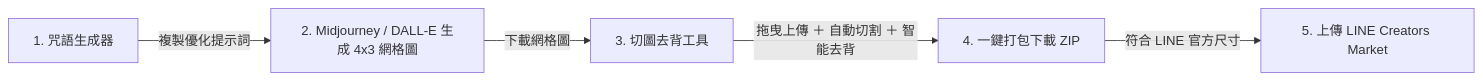
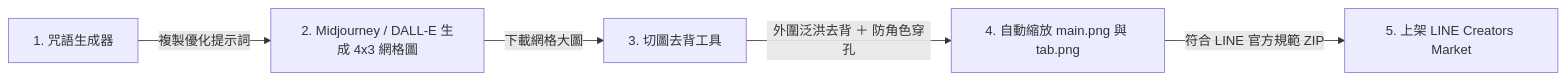
One commit to dinghnes/line-sticker-maker changed the diagram in README.md. Above: the diagram before and after it, drawn with Mermaid. The commit also changed other lines of this file, not shown here.

````diff
--- a/README.md
+++ b/README.md
@@ -42,7 +44,7 @@
 ```mermaid
 flowchart LR
     A[1. 咒語生成器] -->|複製優化提示詞| B[2. Midjourney / DALL-E 生成 4x3 網格圖]
-    B -->|下載網格圖| C[3. 切圖去背工具]
-    C -->|拖曳上傳 ＋ 自動切割 ＋ 智能去背| D[4. 一鍵打包下載 ZIP]
-    D -->|符合 LINE 官方尺寸| E[5. 上傳 LINE Creators Market]
+    B -->|下載網格大圖| C[3. 切圖去背工具]
+    C -->|外圍泛洪去背 ＋ 防角色穿孔| D[4. 自動縮放 main.png 與 tab.png]
+    D -->|符合 LINE 官方規範 ZIP| E[5. 上架 LINE Creators Market]
 ```
````
